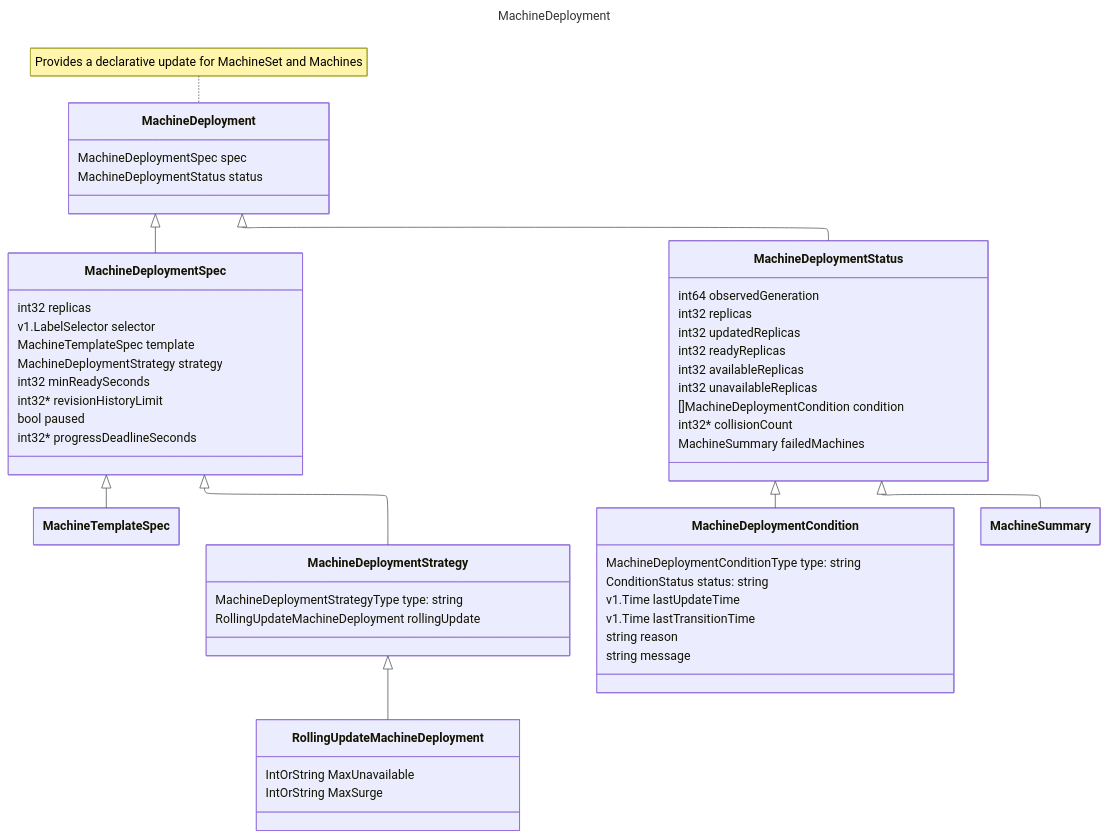
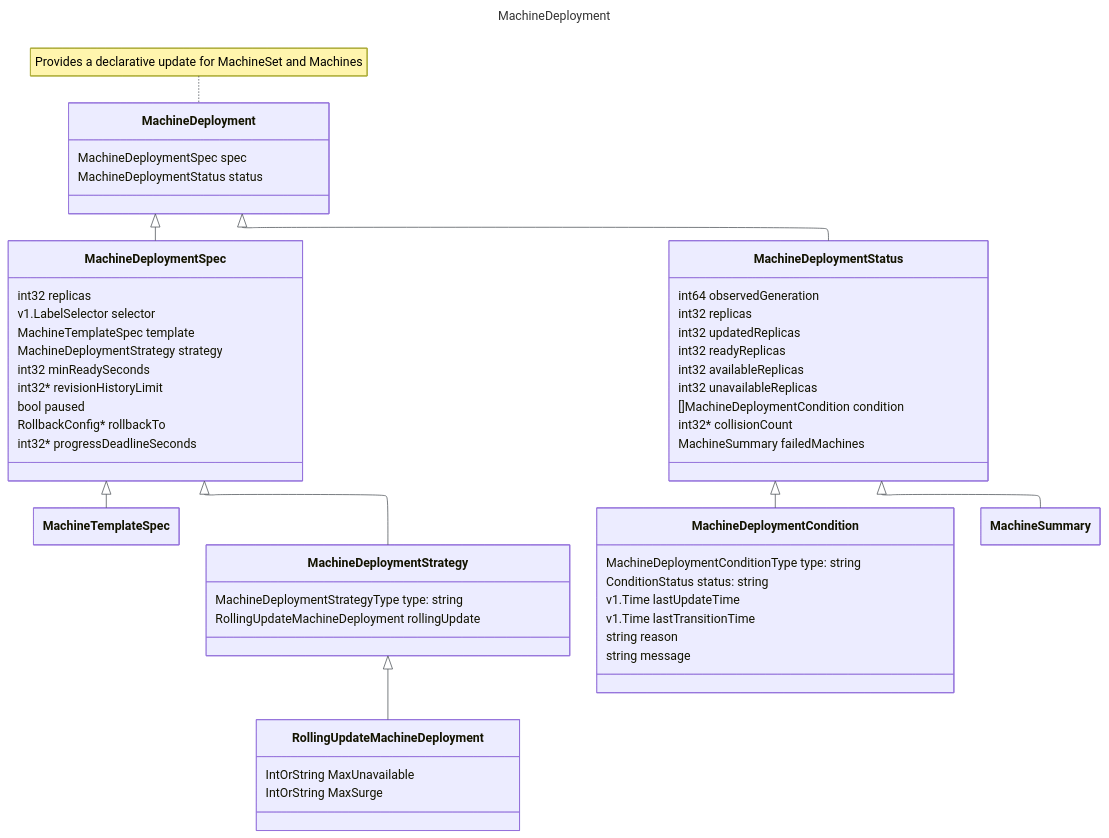
One commit to brongulus/brongulus.github.io changed the fourth of 5 diagrams in content/notes/20241129T160749--mcm__k8s_sap_work.md. Above: the diagram before and after it, drawn with Mermaid. The commit also changed other lines of this file and 7 other files, not shown here.

````diff
--- a/content/notes/20241129T160749--mcm__k8s_sap_work.md
+++ b/content/notes/20241129T160749--mcm__k8s_sap_work.md
@@ -217,67 +218,68 @@
 ```mermaid
 ---
 title: MachineDeployment
 config:
   layout: elk
   class:
     hideEmptyMembersBox: true
 ---
 %%{init: { 'themeVariables': { 'lineColor': '#51565b'}}}%%
 classDiagram
  %% Deployment ---------------------------------
    note for MachineDeployment "Provides a declarative update for MachineSet and Machines"
    MachineDeployment <|-- MachineDeploymentSpec
    MachineDeployment <|-- MachineDeploymentStatus
    class MachineDeployment{
    MachineDeploymentSpec spec
    MachineDeploymentStatus status
    }
    %%--
    MachineDeploymentSpec <|-- MachineTemplateSpec
    MachineDeploymentSpec <|-- MachineDeploymentStrategy
    class MachineDeploymentSpec{
    int32 replicas
    v1.LabelSelector selector
    MachineTemplateSpec template
    MachineDeploymentStrategy strategy
    int32 minReadySeconds
    int32* revisionHistoryLimit
    bool paused
-      int32* progressDeadlineSeconds
+   RollbackConfig* rollbackTo
+   int32* progressDeadlineSeconds
    }
 
    MachineDeploymentStrategy <|-- RollingUpdateMachineDeployment
    class MachineDeploymentStrategy{
    MachineDeploymentStrategyType type: string
    RollingUpdateMachineDeployment rollingUpdate
    }
 
    class RollingUpdateMachineDeployment{
    IntOrString MaxUnavailable
    IntOrString MaxSurge
    }
    %%--
    MachineDeploymentStatus <|-- MachineDeploymentCondition
    MachineDeploymentStatus <|-- MachineSummary
    class MachineDeploymentStatus{
    int64 observedGeneration
    int32 replicas
    int32 updatedReplicas
    int32 readyReplicas
    int32 availableReplicas
    int32 unavailableReplicas
    []MachineDeploymentCondition condition
    int32* collisionCount
    MachineSummary failedMachines
    }
 
    class MachineDeploymentCondition{
    MachineDeploymentConditionType type: string
    ConditionStatus status: string
    v1.Time lastUpdateTime
    v1.Time lastTransitionTime
    string reason
    string message
    }
 
 ```
````
